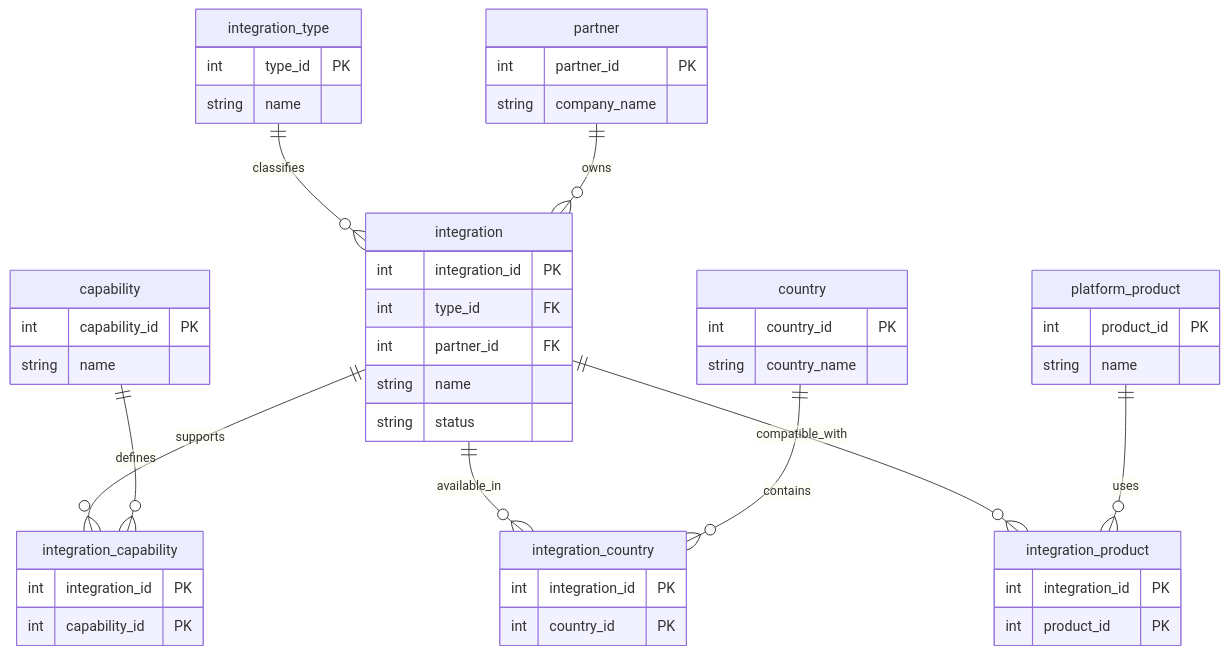
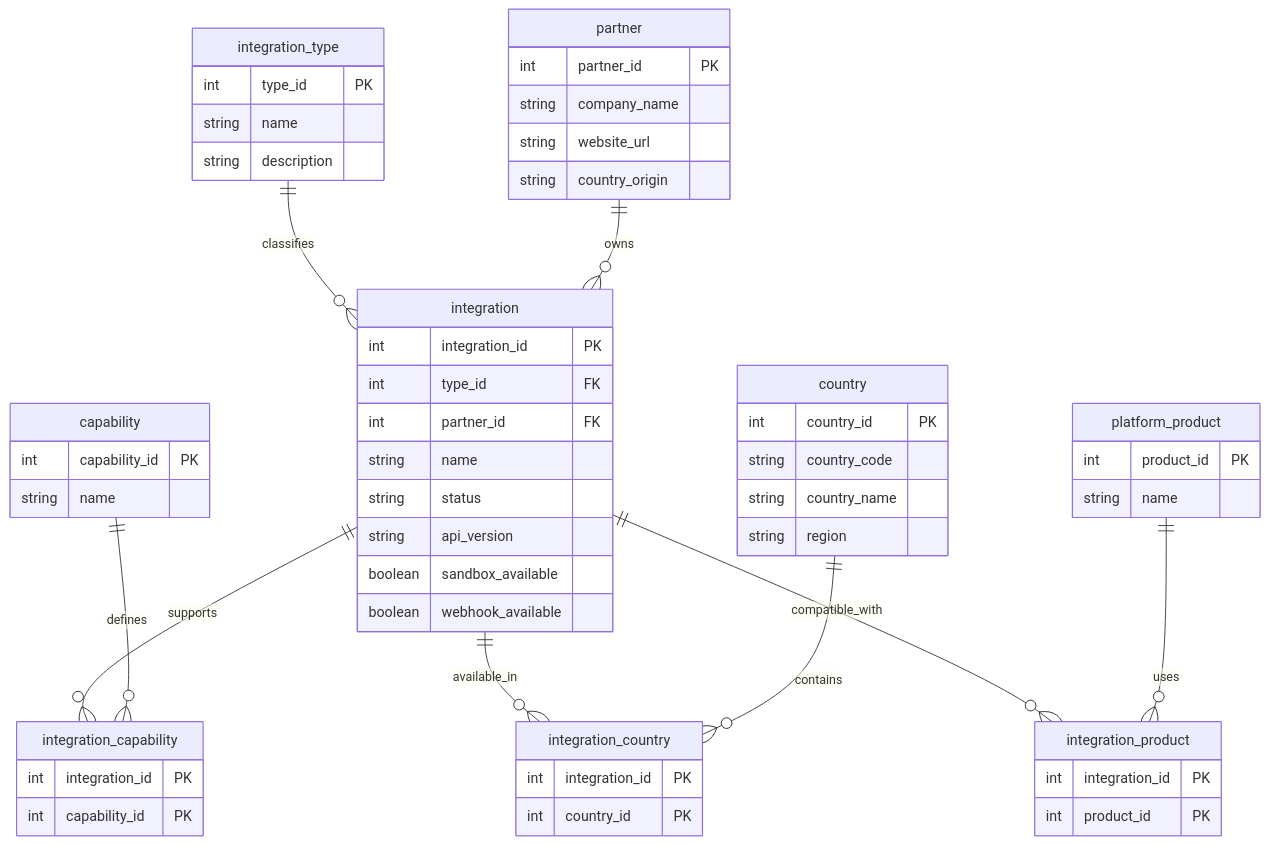
One commit to Vincecodeur/integration-catalog-database changed the diagram in docs/architecture/erd.md. Above: the diagram before and after it, drawn with Mermaid. The commit also changed other lines of this file and 30 other files, not shown here.

````diff
--- a/docs/architecture/erd.md
+++ b/docs/architecture/erd.md
@@ -5,64 +19,72 @@
 ```mermaid
 erDiagram
 
     integration_type ||--o{ integration : classifies
 
     partner ||--o{ integration : owns
 
     integration ||--o{ integration_capability : supports
     capability ||--o{ integration_capability : defines
 
     integration ||--o{ integration_country : available_in
     country ||--o{ integration_country : contains
 
     integration ||--o{ integration_product : compatible_with
     platform_product ||--o{ integration_product : uses
 
     integration_type {
         int type_id PK
         string name
+        string description
     }
 
     partner {
         int partner_id PK
         string company_name
+        string website_url
+        string country_origin
     }
 
     integration {
         int integration_id PK
         int type_id FK
         int partner_id FK
         string name
         string status
+        string api_version
+        boolean sandbox_available
+        boolean webhook_available
     }
 
     capability {
         int capability_id PK
         string name
     }
 
     country {
         int country_id PK
+        string country_code
         string country_name
+        string region
     }
 
     platform_product {
         int product_id PK
         string name
     }
 
     integration_capability {
         int integration_id PK
         int capability_id PK
     }
 
     integration_country {
         int integration_id PK
         int country_id PK
     }
 
     integration_product {
         int integration_id PK
         int product_id PK
     }
 ```
````
